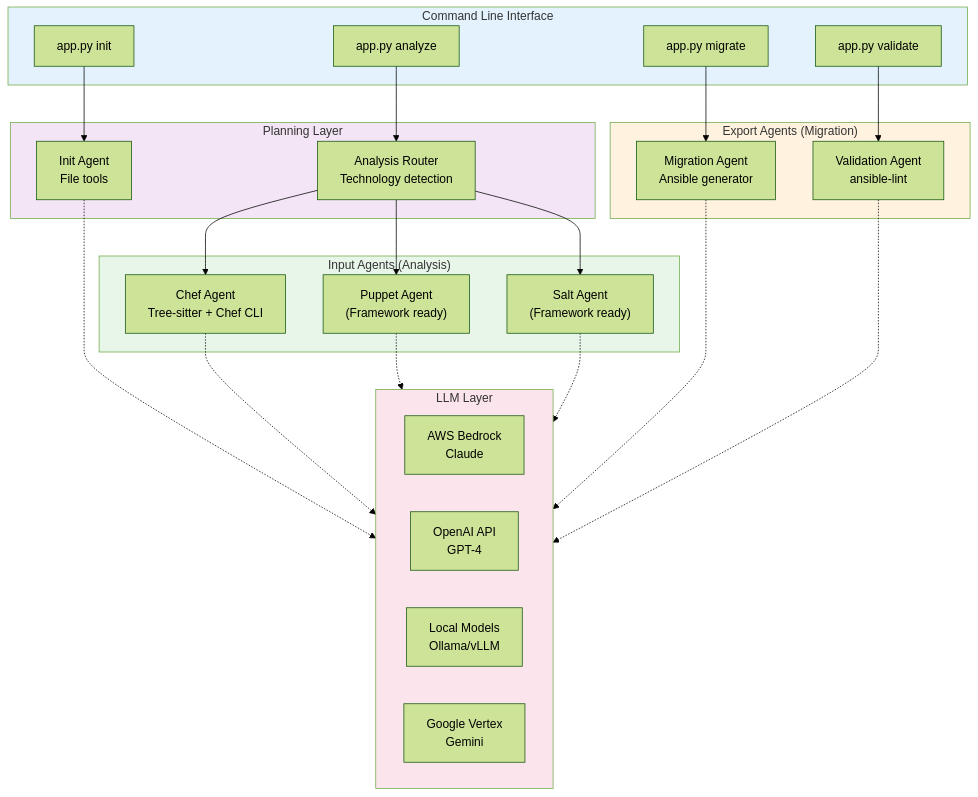
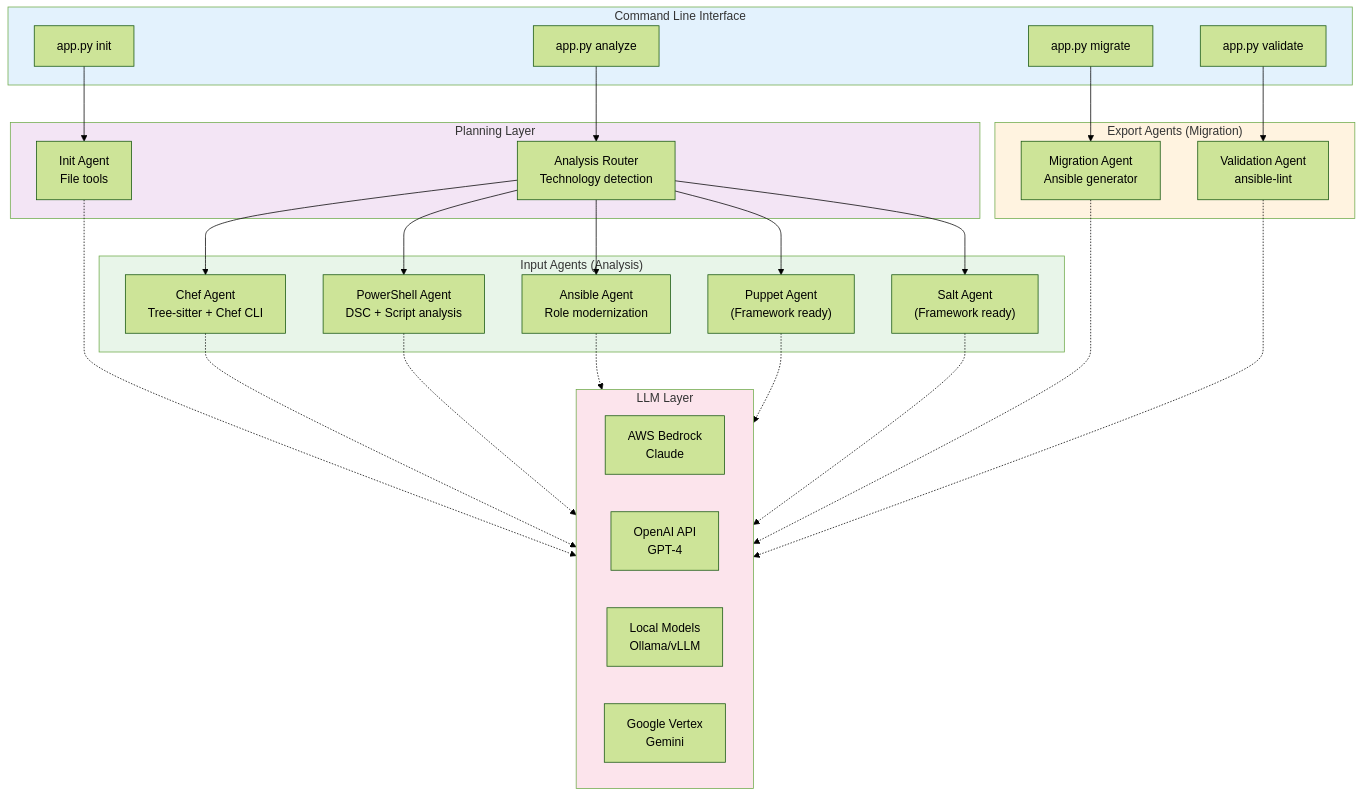
Before and after one commit to x2ansible/x2a-convertor: the first of 4 diagrams in docs/concepts/architecture.md, drawn with Mermaid (forest theme). The commit also changed other lines of this file and 25 other files, not shown here.

Commit message:
Ansible2Ansible Role modernization now functional

````diff
--- a/docs/concepts/architecture.md
+++ b/docs/concepts/architecture.md
@@ -14,53 +14,59 @@
 ```mermaid
 flowchart TB
     subgraph CLI["Command Line Interface"]
         Init[app.py init]
         Analyze[app.py analyze]
         Migrate[app.py migrate]
         Validate[app.py validate]
     end
 
     subgraph Planning["Planning Layer"]
         InitAgent["Init Agent<br/>File tools"]
         AnalysisRouter["Analysis Router<br/>Technology detection"]
     end
 
     subgraph InputAgents["Input Agents (Analysis)"]
         ChefAgent["Chef Agent<br/>Tree-sitter + Chef CLI"]
+        PSAgent["PowerShell Agent<br/>DSC + Script analysis"]
+        AnsibleAgent["Ansible Agent<br/>Role modernization"]
         PuppetAgent["Puppet Agent<br/>(Framework ready)"]
         SaltAgent["Salt Agent<br/>(Framework ready)"]
     end
 
     subgraph ExportAgents["Export Agents (Migration)"]
         MigrationAgent["Migration Agent<br/>Ansible generator"]
         ValidationAgent["Validation Agent<br/>ansible-lint"]
     end
 
     subgraph LLM["LLM Layer"]
         Claude["AWS Bedrock<br/>Claude"]
         OpenAI["OpenAI API<br/>GPT-4"]
         Local["Local Models<br/>Ollama/vLLM"]
         Vertex["Google Vertex<br/>Gemini"]
     end
 
     Init --> InitAgent
     Analyze --> AnalysisRouter
     AnalysisRouter --> ChefAgent
+    AnalysisRouter --> PSAgent
+    AnalysisRouter --> AnsibleAgent
     AnalysisRouter --> PuppetAgent
     AnalysisRouter --> SaltAgent
     Migrate --> MigrationAgent
     Validate --> ValidationAgent
 
     InitAgent -.-> LLM
     ChefAgent -.-> LLM
+    PSAgent -.-> LLM
+    AnsibleAgent -.-> LLM
     PuppetAgent -.-> LLM
     SaltAgent -.-> LLM
     MigrationAgent -.-> LLM
     ValidationAgent -.-> LLM
 
     style CLI fill:#e3f2fd
     style Planning fill:#f3e5f5
     style InputAgents fill:#e8f5e9
     style ExportAgents fill:#fff3e0
     style LLM fill:#fce4ec
 ```
````
